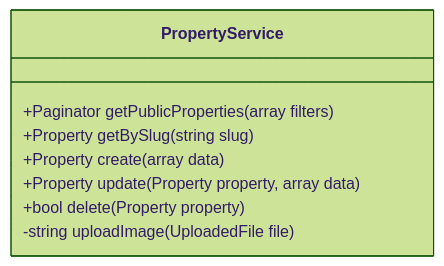
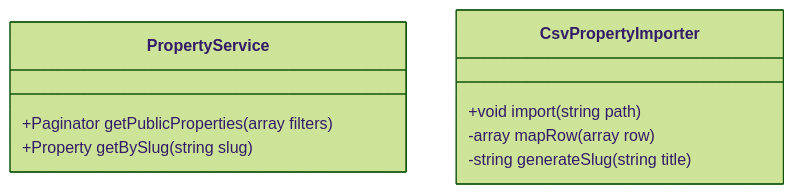
The diagram in sprints/sprint-1.md (essachiAli/Real-estate-listings-documentation), drawn with Mermaid (forest theme) before and after one commit. The commit also changed other lines of this file, not shown here.

Commit message:
Add task of csv

````diff
--- a/sprints/sprint-1.md
+++ b/sprints/sprint-1.md
@@ -193,14 +183,13 @@
 ```mermaid
 classDiagram
     class PropertyService {
-        %% Sprint 1 – Public
         +Paginator getPublicProperties(array filters)
         +Property getBySlug(string slug)
+    }
 
-        %% Sprint 2 – Back-Office
-        +Property create(array data)
-        +Property update(Property property, array data)
-        +bool delete(Property property)
-        -string uploadImage(UploadedFile file)
+    class CsvPropertyImporter {
+        +void import(string path)
+        -array mapRow(array row)
+        -string generateSlug(string title)
     }
 ```
````
